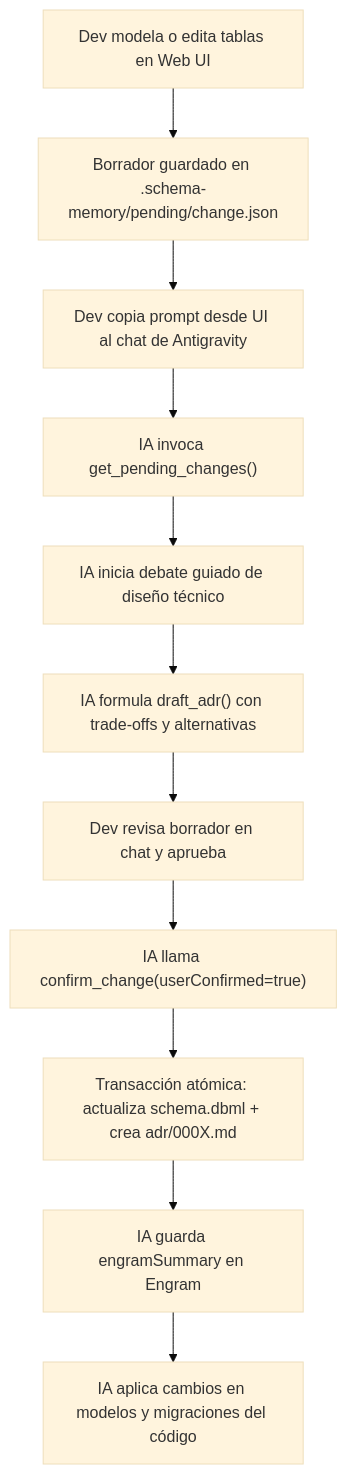
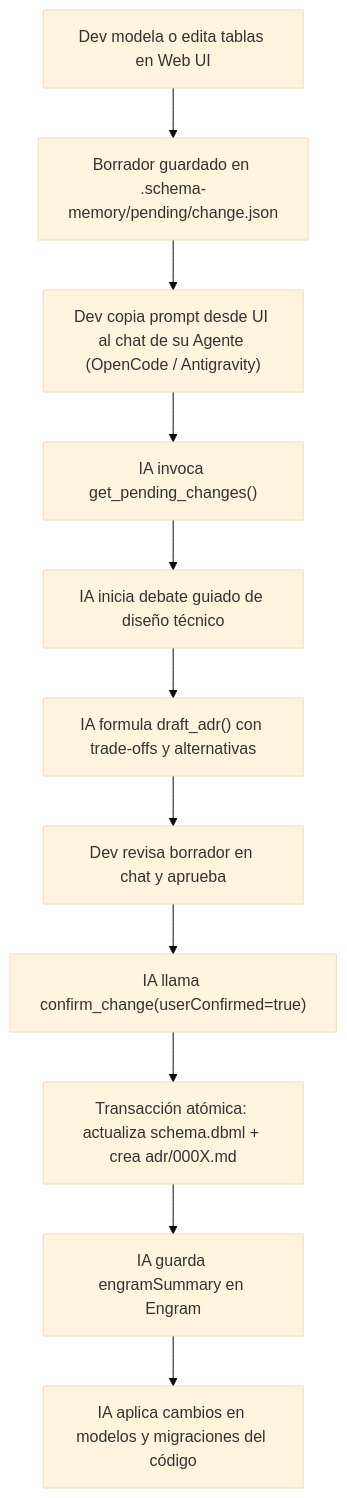
Before and after one commit to RaixsG/schema-memory: the diagram in README.md, drawn with Mermaid (base theme). The commit also changed other lines of this file and 3 other files, not shown here.

Commit message:
feat(cli): make setup universal and agent-agnostic for OpenCode, .agents/skills, and Antigravity

````diff
--- a/README.md
+++ b/README.md
@@ -195,13 +206,13 @@
 ```mermaid
 flowchart TD
     A["Dev modela o edita tablas en Web UI"] --> B["Borrador guardado en .schema-memory/pending/change.json"]
-    B --> C["Dev copia prompt desde UI al chat de Antigravity"]
+    B --> C["Dev copia prompt desde UI al chat de su Agente (OpenCode / Antigravity)"]
     C --> D["IA invoca get_pending_changes()"]
     D --> E["IA inicia debate guiado de diseño técnico"]
     E --> F["IA formula draft_adr() con trade-offs y alternativas"]
     F --> G["Dev revisa borrador en chat y aprueba"]
     G --> H["IA llama confirm_change(userConfirmed=true)"]
     H --> I["Transacción atómica: actualiza schema.dbml + crea adr/000X.md"]
     I --> J["IA guarda engramSummary en Engram"]
     J --> K["IA aplica cambios en modelos y migraciones del código"]
 ```
````
